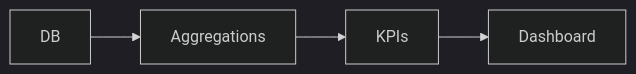
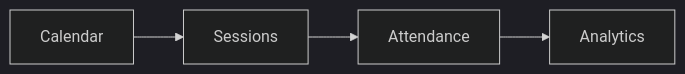
Before and after one commit to seanwhs/Tutorials: the seventh of 8 diagrams in Full-Stack/Build-an-LMS-with-HTMX-Django.md, drawn with Mermaid (dark theme). The commit also changed other lines of this file, not shown here.

````diff
--- a/Full-Stack/Build-an-LMS-with-HTMX-Django.md
+++ b/Full-Stack/Build-an-LMS-with-HTMX-Django.md
@@ -275,4 +342,4 @@
 ```mermaid
 flowchart LR
-    DB --> Aggregations --> KPIs --> Dashboard
+    Calendar --> Sessions --> Attendance --> Analytics
 ```
````
